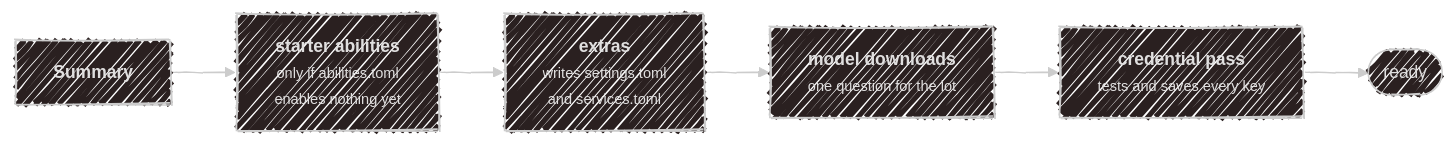
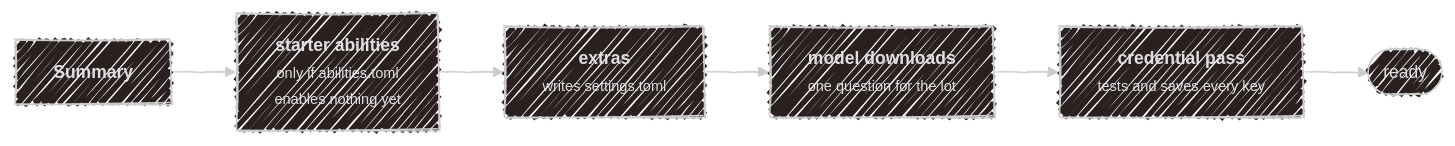
The fourth of 4 diagrams in docs/configuration/wizard.md (SubZtep/kaja), drawn with Mermaid before and after one commit. The commit also changed other lines of this file and 66 other files, not shown here.

First line of the commit message:
refactor: drop services.toml, the Telegram allowlist and the built-in location lookup

````diff
--- a/docs/configuration/wizard.md
+++ b/docs/configuration/wizard.md
@@ -167,13 +164,13 @@
 ```mermaid
 ---
 config:
   look: handDrawn
   theme: neo-dark
 ---
 flowchart LR
     S["<b>Summary</b>"] --> A["<b>starter abilities</b><br><small>only if abilities.toml<br>enables nothing yet</small>"]
-    A --> E["<b>extras</b><br><small>writes settings.toml<br>and services.toml</small>"]
+    A --> E["<b>extras</b><br><small>writes settings.toml</small>"]
     E --> D["<b>model downloads</b><br><small>one question for the lot</small>"]
     D --> C["<b>credential pass</b><br><small>tests and saves every key</small>"]
     C --> R(["ready"])
 ```
````
